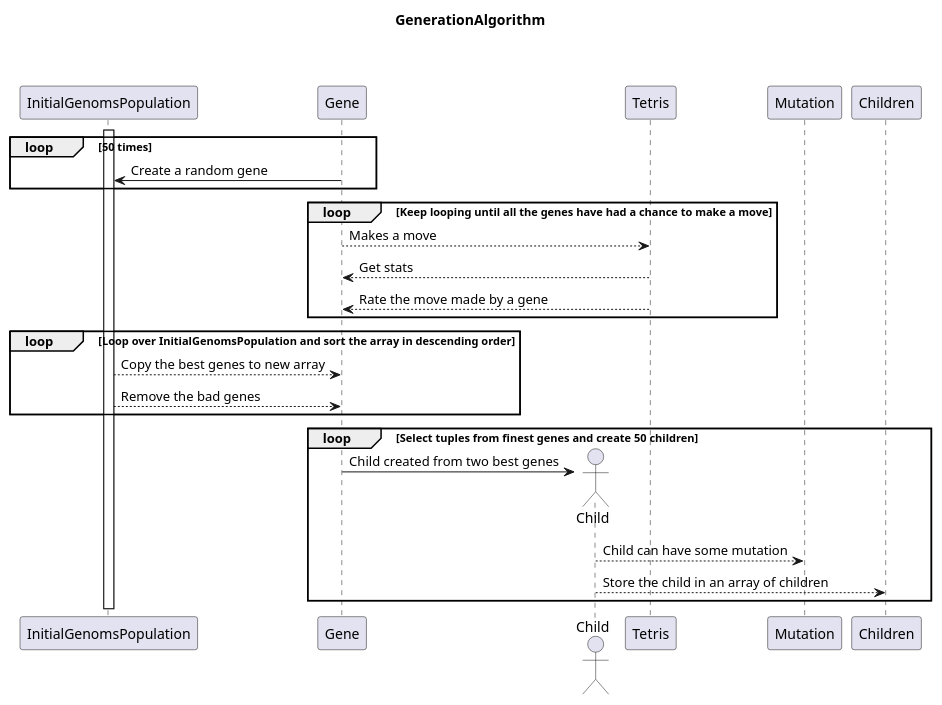
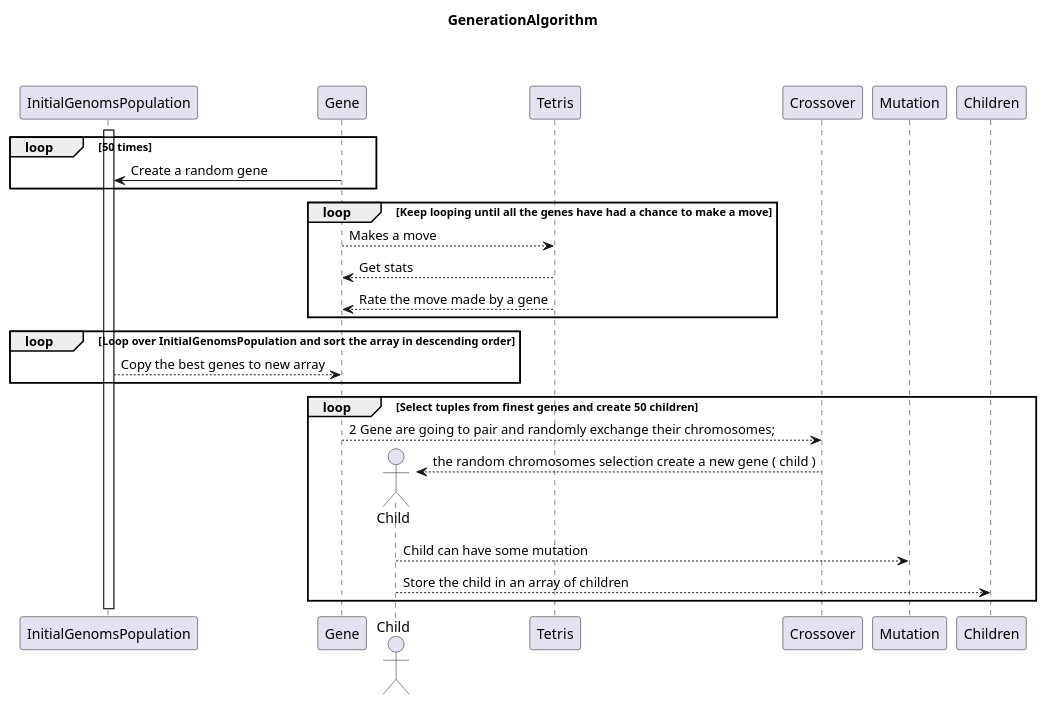
Before and after one commit to matissecallewaert/ai-tetris: the diagram in Analyse/AISequence.puml, drawn with PlantUML. The commit also changed 4 other files, not shown here.

```diff
--- a/Analyse/AISequence.puml
+++ b/Analyse/AISequence.puml
@@ -1,31 +1,31 @@
 @startuml Generation_Algo
 
 title ==GenerationAlgorithm==
 
 loop 50 times
 Gene->InitialGenomsPopulation: Create a random gene
 end
 
 activate InitialGenomsPopulation
 Actor Gene
 Actor Child
 
 loop Keep looping until all the genes have had a chance to make a move
 Gene --> Tetris: Makes a move
 Tetris --> Gene: Get stats
 Tetris --> Gene: Rate the move made by a gene
 end
 
 loop Loop over InitialGenomsPopulation and sort the array in descending order
 InitialGenomsPopulation --> Gene: Copy the best genes to new array
-InitialGenomsPopulation --> Gene: Remove the bad genes
 end
 
+loop Select tuples from finest genes and create 50 children
+Gene --> Crossover: 2 Gene are going to pair and randomly exchange their chromosomes;
 create Child
-loop Select tuples from finest genes and create 50 children
-Gene -> Child: Child created from two best genes
+Crossover --> Child: the random chromosomes selection create a new gene ( child )
 Child --> Mutation: Child can have some mutation
 Child --> Children: Store the child in an array of children
 end
 
 @enduml
```
